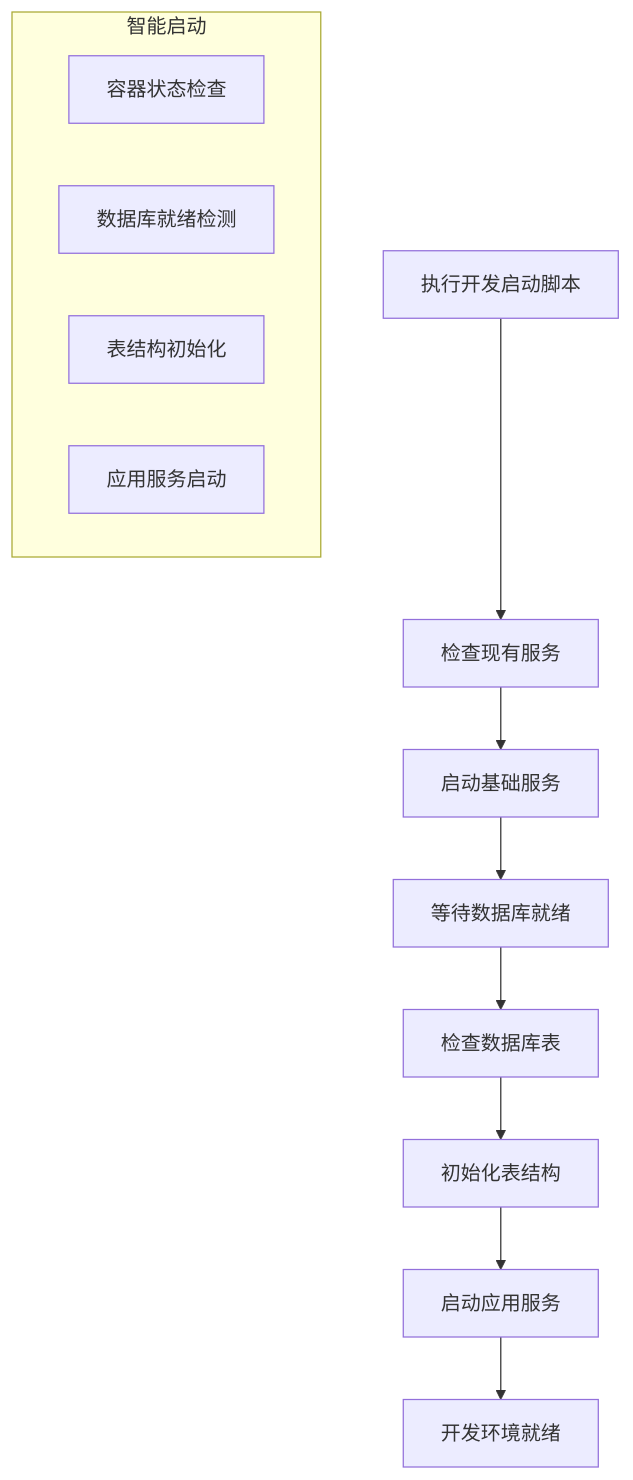
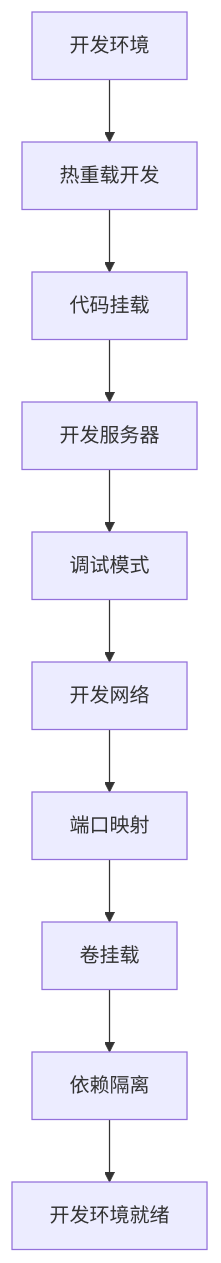
One commit to xfbyxq/ai-novel-system changed the tenth of 14 diagrams in .qoder/repowiki/zh/content/Docker Deployment.md. Above: the diagram before and after it, drawn with Mermaid. The commit also changed other lines of this file and 8 other files, not shown here.

````diff
--- a/.qoder/repowiki/zh/content/Docker Deployment.md
+++ b/.qoder/repowiki/zh/content/Docker Deployment.md
@@ -384,16 +456,12 @@
 ```mermaid
 flowchart TD
-START[执行开发启动脚本] --> CHECK_RUNNING[检查现有服务]
-CHECK_RUNNING --> START_BASE[启动基础服务]
-START_BASE --> WAIT_DB[等待数据库就绪]
-WAIT_DB --> CHECK_TABLES[检查数据库表]
-CHECK_TABLES --> INIT_TABLES[初始化表结构]
-INIT_TABLES --> START_APP[启动应用服务]
-START_APP --> DONE[开发环境就绪]
-subgraph "智能启动"
-CONTAINER_CHECK[容器状态检查]
-DATABASE_WAIT[数据库就绪检测]
-TABLE_INIT[表结构初始化]
-APP_START[应用服务启动]
-end
+DEV_ENV[开发环境] --> HOT_RELOAD[热重载开发]
+HOT_RELOAD --> CODE_MOUNT[代码挂载]
+CODE_MOUNT --> DEV_SERVER[开发服务器]
+DEV_SERVER --> DEBUG_MODE[调试模式]
+DEBUG_MODE --> NETWORK_DEV[开发网络]
+NETWORK_DEV --> PORT_MAPPING[端口映射]
+PORT_MAPPING --> VOLUME_MOUNT[卷挂载]
+VOLUME_MOUNT --> DEPENDENCY_ISOLATION[依赖隔离]
+DEPENDENCY_ISOLATION --> READY[开发环境就绪]
 ```
````
